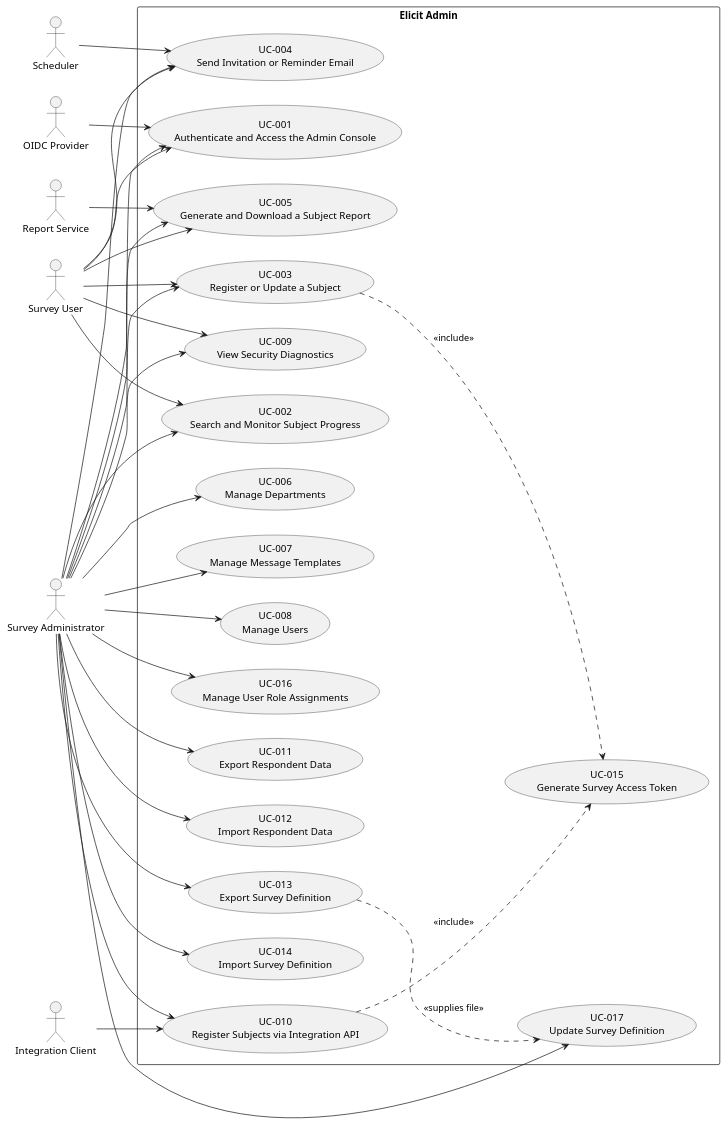
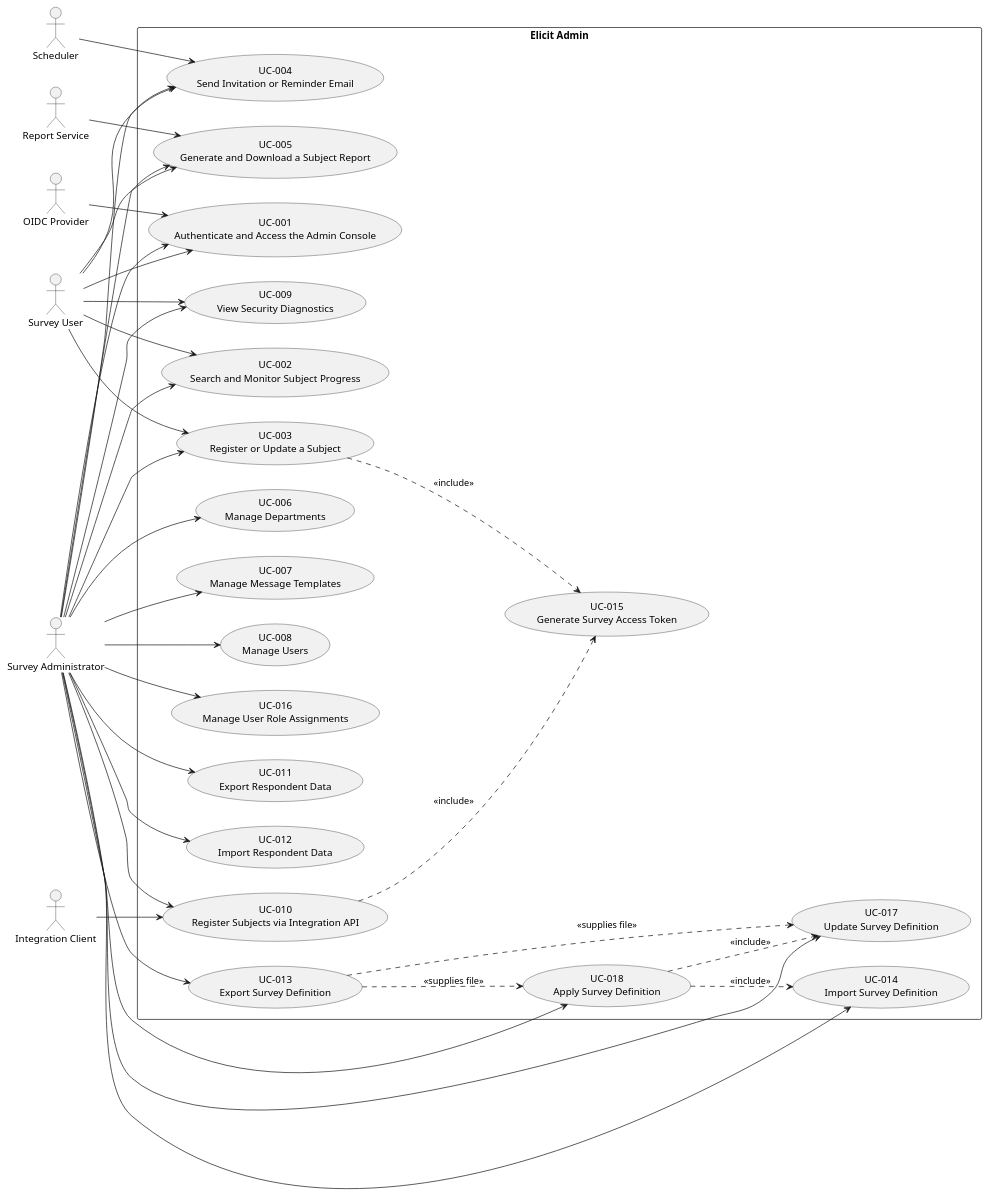
Before and after one commit to ElicitSoftware/Admin: the diagram in docs/use_cases.puml, drawn with PlantUML. The commit also changed 18 other files, not shown here.

```diff
--- a/docs/use_cases.puml
+++ b/docs/use_cases.puml
@@ -1,77 +1,82 @@
 @startuml Use Cases Overview
 left to right direction
 
 actor "Survey User" as user
 actor "Survey Administrator" as admin
 actor "Integration Client" as importer
 actor "OIDC Provider" as oidc
 actor "Scheduler" as scheduler
 actor "Report Service" as reportsvc
 
 rectangle "Elicit Admin" {
     ' --- Interactive console (user + admin) ---
     usecase "UC-001\nAuthenticate and Access the Admin Console" as UC001
     usecase "UC-002\nSearch and Monitor Subject Progress" as UC002
     usecase "UC-003\nRegister or Update a Subject" as UC003
     usecase "UC-004\nSend Invitation or Reminder Email" as UC004
     usecase "UC-005\nGenerate and Download a Subject Report" as UC005
     usecase "UC-009\nView Security Diagnostics" as UC009
 
     ' --- Administration (admin only) ---
     usecase "UC-006\nManage Departments" as UC006
     usecase "UC-007\nManage Message Templates" as UC007
     usecase "UC-008\nManage Users" as UC008
     usecase "UC-016\nManage User Role Assignments" as UC016
 
     ' --- Integration and data lifecycle ---
     usecase "UC-010\nRegister Subjects via Integration API" as UC010
     usecase "UC-011\nExport Respondent Data" as UC011
     usecase "UC-012\nImport Respondent Data" as UC012
     usecase "UC-013\nExport Survey Definition" as UC013
     usecase "UC-014\nImport Survey Definition" as UC014
     usecase "UC-017\nUpdate Survey Definition" as UC017
+    usecase "UC-018\nApply Survey Definition" as UC018
 
     ' --- Shared subflow ---
     usecase "UC-015\nGenerate Survey Access Token" as UC015
 }
 
 ' Survey User
 user --> UC001
 user --> UC002
 user --> UC003
 user --> UC004
 user --> UC005
 user --> UC009
 
 ' Administrator (inherits user goals plus administration and data lifecycle)
 admin --> UC001
 admin --> UC002
 admin --> UC003
 admin --> UC004
 admin --> UC005
 admin --> UC006
 admin --> UC007
 admin --> UC008
 admin --> UC016
 admin --> UC009
 admin --> UC010
 admin --> UC011
 admin --> UC012
 admin --> UC013
 admin --> UC014
 admin --> UC017
+admin --> UC018
 
 ' Integration Client
 importer --> UC010
 
 ' External systems
 oidc --> UC001
 scheduler --> UC004
 reportsvc --> UC005
 
 ' Shared subflows
 UC003 ..> UC015 : <<include>>
 UC010 ..> UC015 : <<include>>
 UC013 ..> UC017 : <<supplies file>>
+UC013 ..> UC018 : <<supplies file>>
+UC018 ..> UC014 : <<include>>
+UC018 ..> UC017 : <<include>>
 
 @enduml
```
